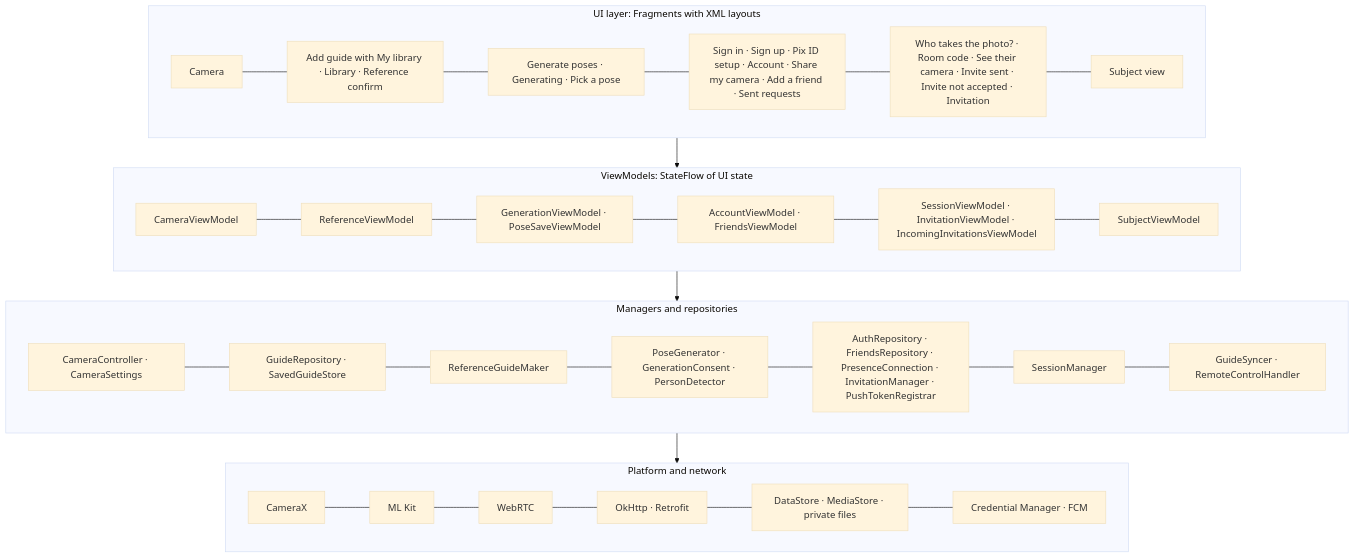
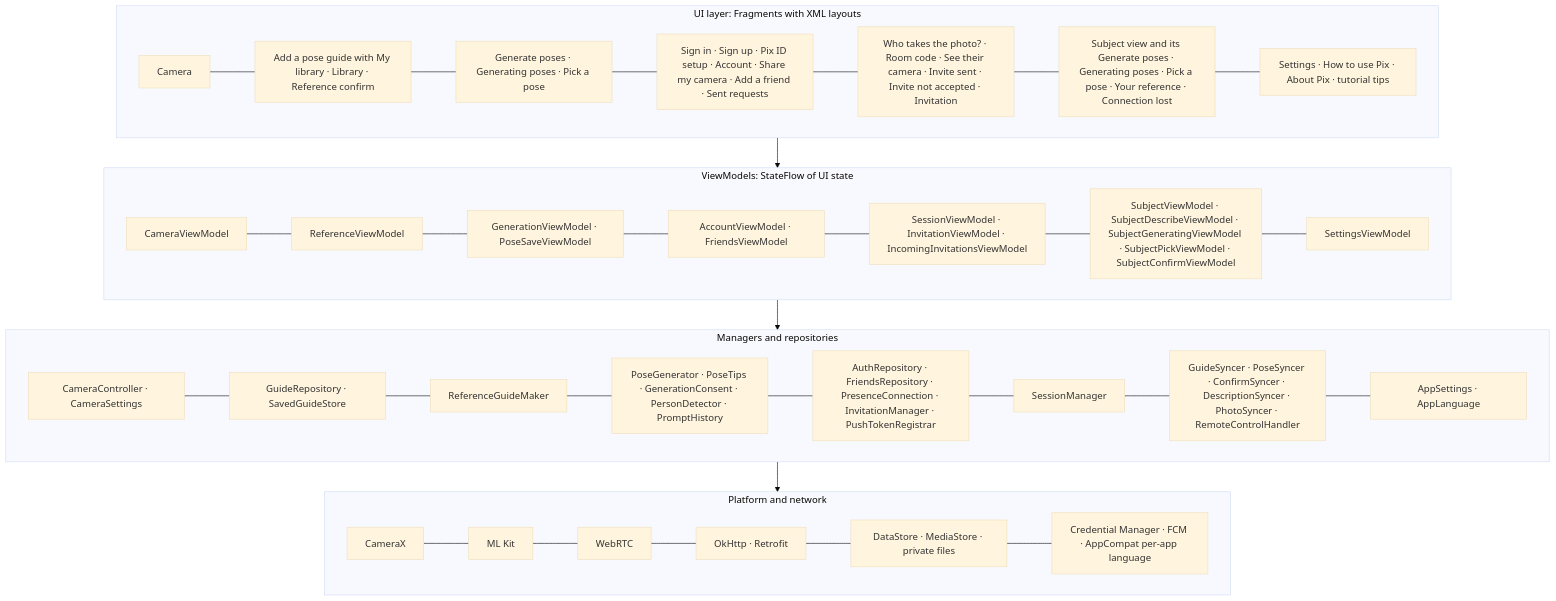
Before and after one commit to snuhcs-course/swpp-2026-project-team-10: the fifth of 13 diagrams in wiki/Design-Documentation.md, drawn with Mermaid (base theme). The commit also changed other lines of this file and 4 other files, not shown here.

````diff
--- a/wiki/Design-Documentation.md
+++ b/wiki/Design-Documentation.md
@@ -351,16 +352,16 @@
 ```mermaid
 flowchart TB
   subgraph UI["UI layer: Fragments with XML layouts"]
-    C1["Camera"] --- C2["Add guide with My library · Library · Reference confirm"] --- C3["Generate poses · Generating · Pick a pose"] --- C4["Sign in · Sign up · Pix ID setup · Account · Share my camera · Add a friend · Sent requests"] --- C5["Who takes the photo? · Room code · See their camera · Invite sent · Invite not accepted · Invitation"] --- C6["Subject view"]
+    C1["Camera"] --- C2["Add a pose guide with My library · Library · Reference confirm"] --- C3["Generate poses · Generating poses · Pick a pose"] --- C4["Sign in · Sign up · Pix ID setup · Account · Share my camera · Add a friend · Sent requests"] --- C5["Who takes the photo? · Room code · See their camera · Invite sent · Invite not accepted · Invitation"] --- C6["Subject view and its Generate poses · Generating poses · Pick a pose · Your reference · Connection lost"] --- C7["Settings · How to use Pix · About Pix · tutorial tips"]
   end
   subgraph VM["ViewModels: StateFlow of UI state"]
-    V1["CameraViewModel"] --- V2["ReferenceViewModel"] --- V3["GenerationViewModel · PoseSaveViewModel"] --- V4["AccountViewModel · FriendsViewModel"] --- V5["SessionViewModel · InvitationViewModel · IncomingInvitationsViewModel"] --- V6["SubjectViewModel"]
+    V1["CameraViewModel"] --- V2["ReferenceViewModel"] --- V3["GenerationViewModel · PoseSaveViewModel"] --- V4["AccountViewModel · FriendsViewModel"] --- V5["SessionViewModel · InvitationViewModel · IncomingInvitationsViewModel"] --- V6["SubjectViewModel · SubjectDescribeViewModel · SubjectGeneratingViewModel · SubjectPickViewModel · SubjectConfirmViewModel"] --- V7["SettingsViewModel"]
   end
   subgraph DOM["Managers and repositories"]
-    D1["CameraController · CameraSettings"] --- D2["GuideRepository · SavedGuideStore"] --- D3["ReferenceGuideMaker"] --- D4["PoseGenerator · GenerationConsent · PersonDetector"] --- D5["AuthRepository · FriendsRepository · PresenceConnection · InvitationManager · PushTokenRegistrar"] --- D6["SessionManager"] --- D7["GuideSyncer · RemoteControlHandler"]
+    D1["CameraController · CameraSettings"] --- D2["GuideRepository · SavedGuideStore"] --- D3["ReferenceGuideMaker"] --- D4["PoseGenerator · PoseTips · GenerationConsent · PersonDetector · PromptHistory"] --- D5["AuthRepository · FriendsRepository · PresenceConnection · InvitationManager · PushTokenRegistrar"] --- D6["SessionManager"] --- D7["GuideSyncer · PoseSyncer · ConfirmSyncer · DescriptionSyncer · PhotoSyncer · RemoteControlHandler"] --- D8["AppSettings · AppLanguage"]
   end
   subgraph SRC["Platform and network"]
-    S1["CameraX"] --- S2["ML Kit"] --- S3["WebRTC"] --- S4["OkHttp · Retrofit"] --- S5["DataStore · MediaStore · private files"] --- S6["Credential Manager · FCM"]
+    S1["CameraX"] --- S2["ML Kit"] --- S3["WebRTC"] --- S4["OkHttp · Retrofit"] --- S5["DataStore · MediaStore · private files"] --- S6["Credential Manager · FCM · AppCompat per-app language"]
   end
   UI --> VM --> DOM --> SRC
 ```
````
